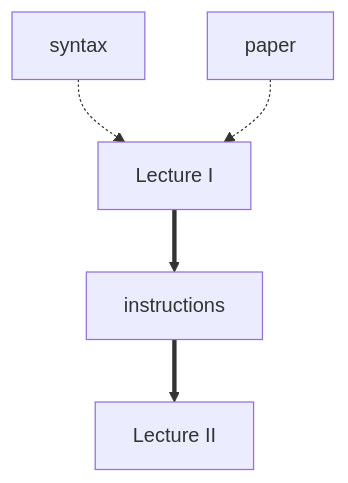
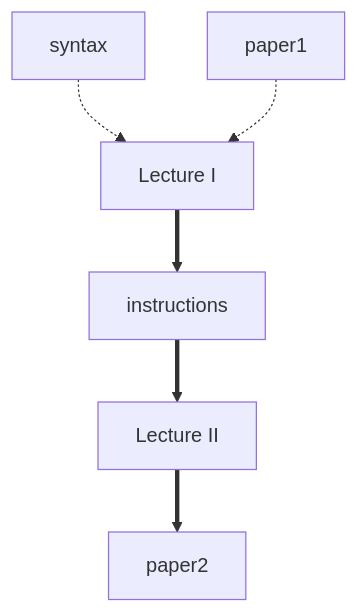
The diagram in NAVIGATION.md (hockyg/masterclass-22-15), drawn with Mermaid before and after one commit.

Commit message:
update navigation tree

````diff
--- a/NAVIGATION.md
+++ b/NAVIGATION.md
@@ -12,12 +12,14 @@
 ```mermaid
 flowchart TB;
   A[syntax] -.-> C[Lecture I];
-  B[paper] -.-> C;
+  B[paper1] -.-> C;
   C ==> D[instructions];
   D ==> E[Lecture II];
+  E ==> F[paper2];
   click A "ref1" "A previous tutorial that introduces the basics of PLUMED syntax";
-  click B "ref2" "A paper describing the FISST paper that is described in this tutorial";
+  click B "paper1" "A paper describing the FISST method that is used in this tutorial";
   click C "video1" "A lecture that was given on October 17th 2022 as part of the plumed masterclass series that introduces you to the exercises in this lesson";
   click D "INSTRUCTIONS.md" "Instructions for the exercises that you are supposed to complete";
   click E "video2" "A lecture that was given on October 24th 2022 as part of the plumed masterclass series that gives background on modelling mechanobiological processes, and then goes through the solutions to the exercises in the lesson";
+  click F "paper2" "A follow up paper combining FISST with replica exchange";
 ```
````
